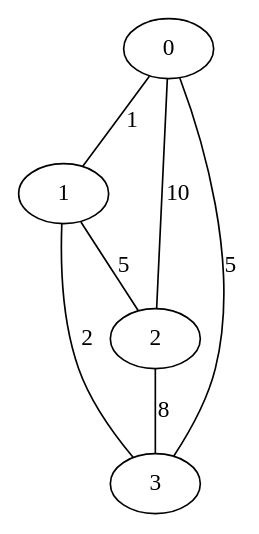
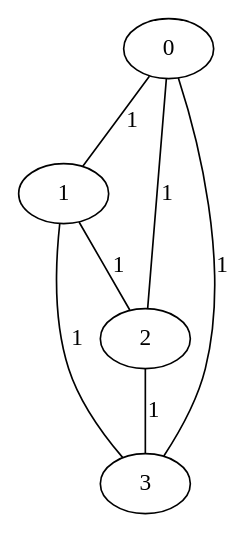
The diagram in grafo-com-peso/grafo.dot (nand1nha/Tecnica-de-programacao-avancada), drawn with Graphviz before and after one commit. The commit also changed 8 other files, not shown here.

```diff
--- a/grafo-com-peso/grafo.dot
+++ b/grafo-com-peso/grafo.dot
@@ -1,12 +1,12 @@
 graph G {
   0;
   1;
   2;
   3;
-  0 -- 3 [label=5,weight=5];
+  0 -- 2 [label=1,weight=1];
   0 -- 1 [label=1,weight=1];
-  0 -- 2 [label=10,weight=10];
-  1 -- 3 [label=2,weight=2];
-  1 -- 2 [label=5,weight=5];
-  2 -- 3 [label=8,weight=8];
+  0 -- 3 [label=1,weight=1];
+  1 -- 3 [label=1,weight=1];
+  1 -- 2 [label=1,weight=1];
+  2 -- 3 [label=1,weight=1];
 }
```
